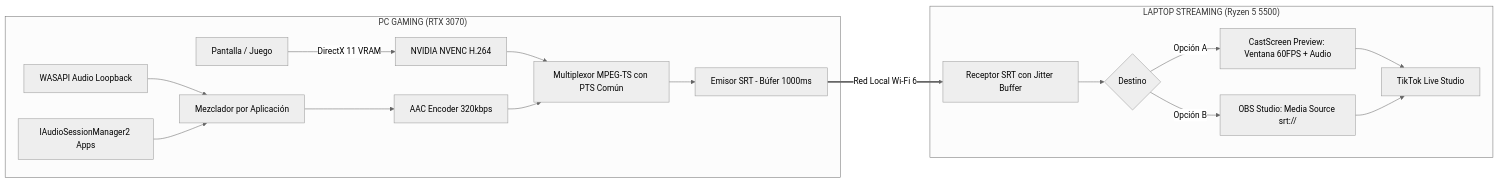
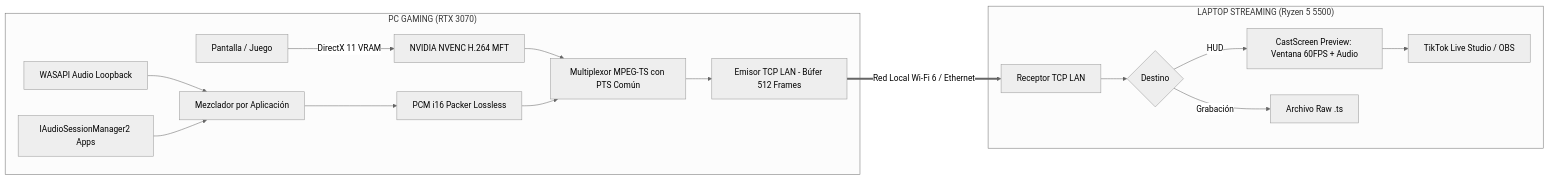
One commit to gabjesus15/CastScreen changed the diagram in README.md. Above: the diagram before and after it, drawn with Mermaid (neutral theme). The commit also changed other lines of this file and 5 other files, not shown here.

````diff
--- a/README.md
+++ b/README.md
@@ -48,22 +50,21 @@
 ```mermaid
 flowchart LR
     subgraph PC_Gaming["PC GAMING (RTX 3070)"]
-        A[Pantalla / Juego] -->|DirectX 11 VRAM| B[NVIDIA NVENC H.264]
+        A[Pantalla / Juego] -->|DirectX 11 VRAM| B[NVIDIA NVENC H.264 MFT]
         C[WASAPI Audio Loopback] --> MIX[Mezclador por Aplicación]
         D[IAudioSessionManager2 Apps] --> MIX
-        MIX --> E[AAC Encoder 320kbps]
+        MIX --> E[PCM i16 Packer Lossless]
         B --> F[Multiplexor MPEG-TS con PTS Común]
         E --> F
-        F --> G[Emisor SRT - Búfer 1000ms]
+        F --> G[Emisor TCP LAN - Búfer 512 Frames]
     end
 
-    G ==>|Red Local Wi-Fi 6| H
+    G ==>|Red Local Wi-Fi 6 / Ethernet| H
 
     subgraph Laptop_Stream["LAPTOP STREAMING (Ryzen 5 5500)"]
-        H[Receptor SRT con Jitter Buffer] --> I{Destino}
-        I -->|Opción A| J[CastScreen Preview: Ventana 60FPS + Audio]
-        I -->|Opción B| K[OBS Studio: Media Source srt://]
-        J --> L[TikTok Live Studio]
-        K --> L
+        H[Receptor TCP LAN] --> I{Destino}
+        I -->|HUD| J[CastScreen Preview: Ventana 60FPS + Audio]
+        I -->|Grabación| K[Archivo Raw .ts]
+        J --> L[TikTok Live Studio / OBS]
     end
 ```
````
